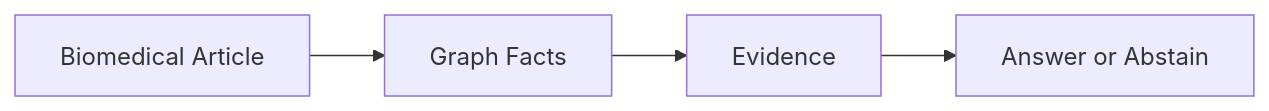
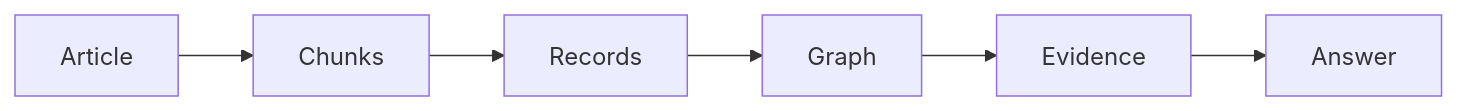
The first of 12 diagrams in docs/capstone_presentation.md (anthonylitwin/med-graph-rag), drawn with Mermaid before and after one commit. The commit also changed other lines of this file, not shown here.

````diff
--- a/docs/capstone_presentation.md
+++ b/docs/capstone_presentation.md
@@ -65,6 +85,8 @@
 ```mermaid
 flowchart LR
-    A["Biomedical Article"] --> B["Graph Facts"]
-    B --> C["Evidence"]
-    C --> D["Answer or Abstain"]
+    A["Article"] --> B["Chunks"]
+    B --> C["Records"]
+    C --> D["Graph"]
+    D --> E["Evidence"]
+    E --> F["Answer"]
 ```
````
